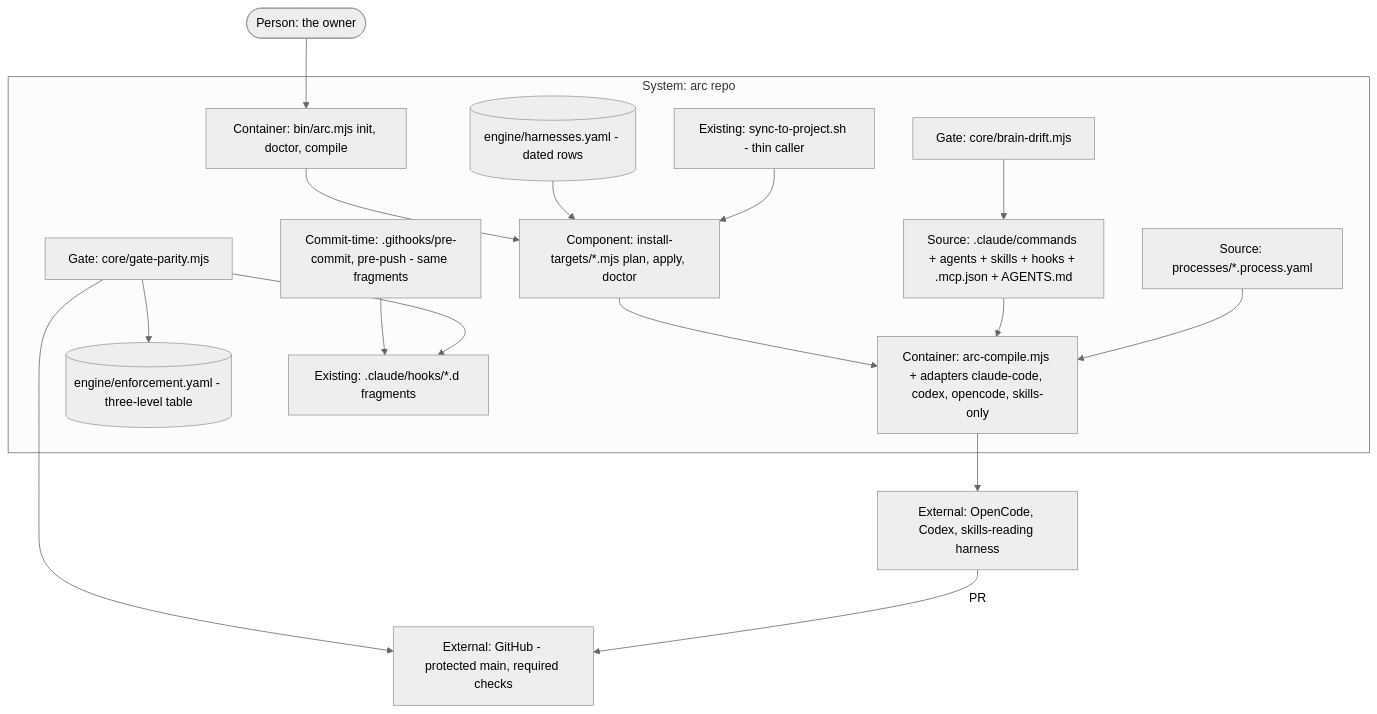
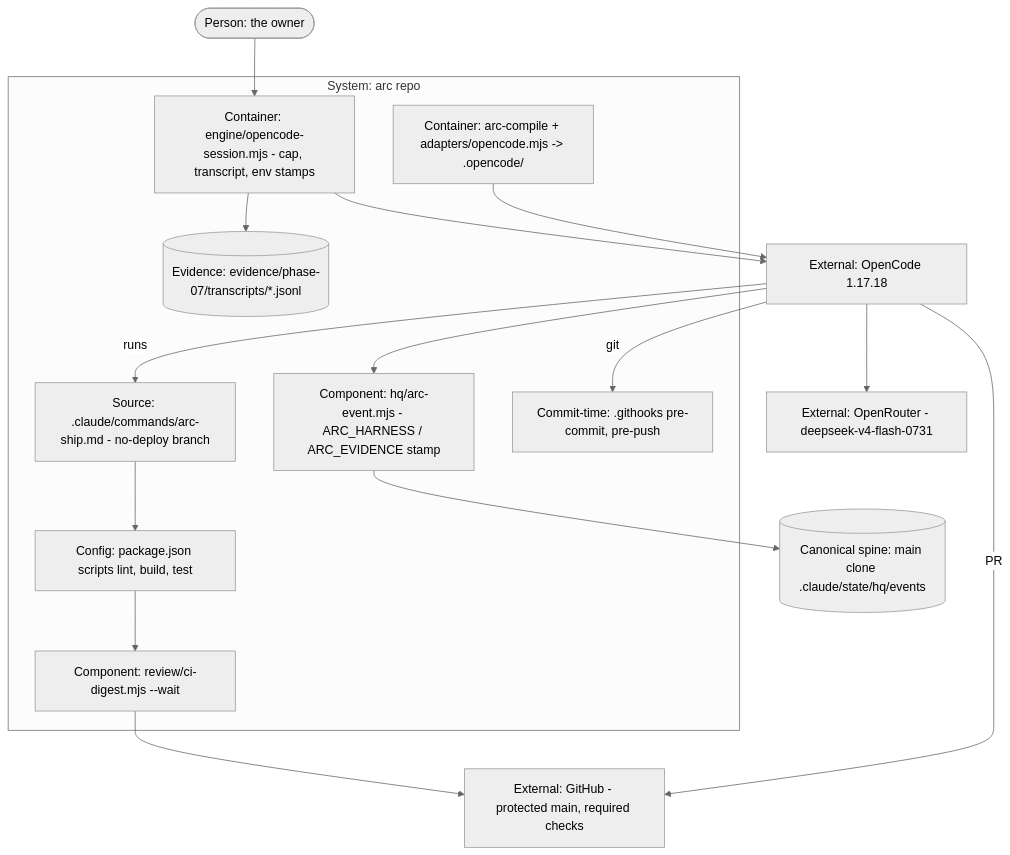
Before and after one commit to technology-ashiq/arc: the diagram in initiatives/distribute/PLAN.md, drawn with Mermaid (neutral theme). The commit also changed other lines of this file and 9 other files, not shown here.

Commit message:
docs(distribute): Cycle 2 kickoff -- REQ-03 under OpenCode, capped wrapper, harness stamp (ADR-2019..2021)

````diff
--- a/initiatives/distribute/PLAN.md
+++ b/initiatives/distribute/PLAN.md
@@ -81,33 +64,27 @@
 ```mermaid
 flowchart TB
   owner([Person: the owner])
   subgraph arc [System: arc repo]
-    src[Source: .claude/commands + agents + skills + hooks + .mcp.json + AGENTS.md]
-    proc[Source: processes/*.process.yaml]
-    compile[Container: arc-compile.mjs + adapters claude-code, codex, opencode, skills-only]
-    matrix[(engine/harnesses.yaml - dated rows)]
-    enf[(engine/enforcement.yaml - three-level table)]
-    install[Component: install-targets/*.mjs plan, apply, doctor]
-    cli[Container: bin/arc.mjs init, doctor, compile]
-    parity[Gate: core/gate-parity.mjs]
-    drift[Gate: core/brain-drift.mjs]
-    githooks[Commit-time: .githooks/pre-commit, pre-push - same fragments]
-    frag[Existing: .claude/hooks/*.d fragments]
-    sync[Existing: sync-to-project.sh - thin caller]
+    wrap[Container: engine/opencode-session.mjs - cap, transcript, env stamps]
+    emit[Component: hq/arc-event.mjs - ARC_HARNESS / ARC_EVIDENCE stamp]
+    ship[Source: .claude/commands/arc-ship.md - no-deploy branch]
+    pkg[Config: package.json scripts lint, build, test]
+    digest[Component: review/ci-digest.mjs --wait]
+    render[Container: arc-compile + adapters/opencode.mjs -> .opencode/]
+    githooks[Commit-time: .githooks pre-commit, pre-push]
+    tx[(Evidence: evidence/phase-07/transcripts/*.jsonl)]
   end
+  spine[(Canonical spine: main clone .claude/state/hq/events)]
+  oc[External: OpenCode 1.17.18]
+  or[External: OpenRouter - deepseek-v4-flash-0731]
   gh[External: GitHub - protected main, required checks]
-  harness[External: OpenCode, Codex, skills-reading harness]
-  owner --> cli
-  cli --> install --> compile
-  src --> compile
-  proc --> compile
-  matrix --> install
-  compile --> harness
-  sync --> install
-  githooks --> frag
-  parity --> enf
-  parity --> frag
-  drift --> src
-  parity --> gh
-  harness -->|PR| gh
+  owner --> wrap
+  wrap --> oc --> or
+  render --> oc
+  oc -->|runs| ship
+  ship --> pkg --> digest --> gh
+  oc --> emit --> spine
+  wrap --> tx
+  oc -->|git| githooks
+  oc -->|PR| gh
 ```
````
